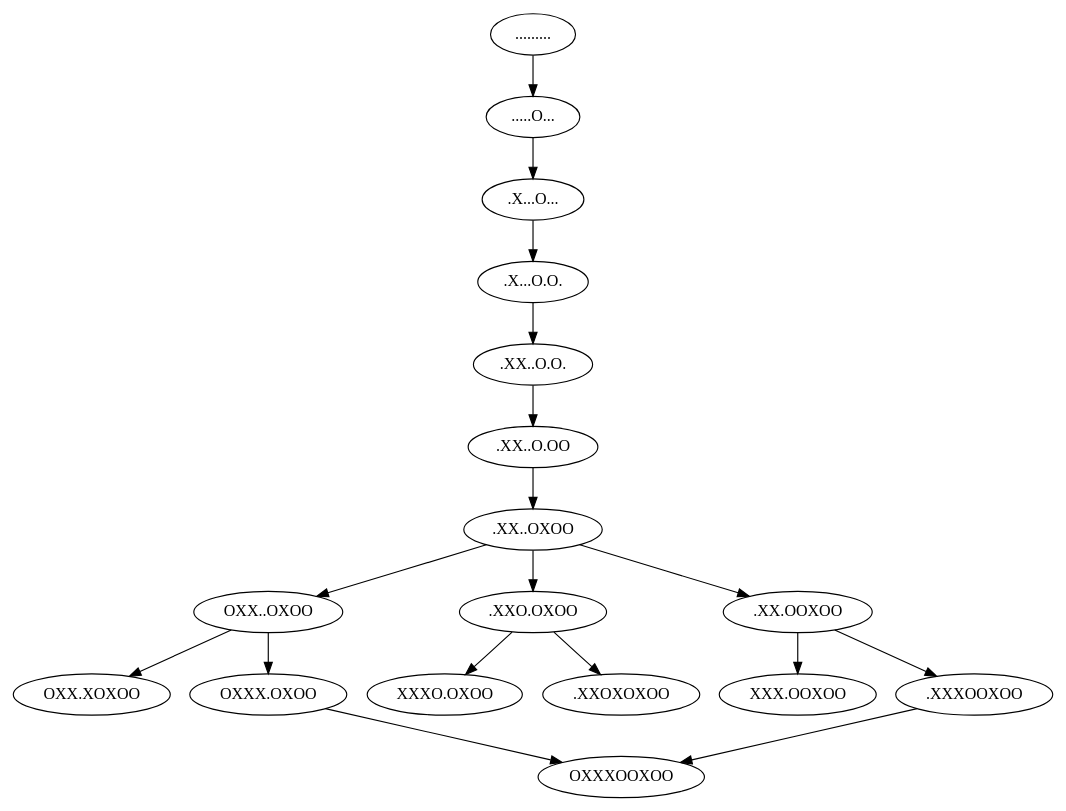
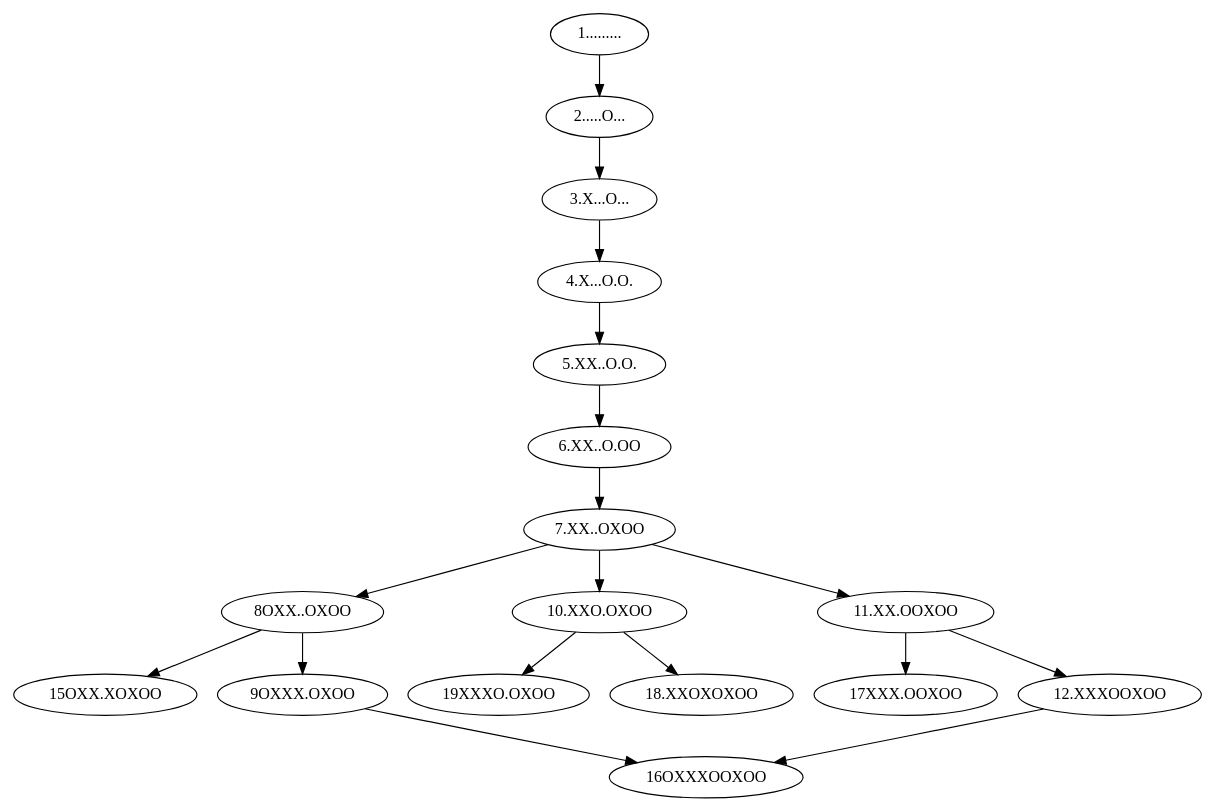
The diagram in graph-examples/teste3.dot (adahmeda/work3), drawn with Graphviz before and after one commit.

Commit message:
Add number to velha vertexes. Easy name.

```diff
--- a/graph-examples/teste3.dot
+++ b/graph-examples/teste3.dot
@@ -1,24 +1,24 @@
 strict digraph "velha" {
-	"OXXXOOXOO" [O=1];
-	"OXX.XOXOO" [X=1];
-	"XXXO.OXOO" [X=1];
-	".XXOXOXOO" [X=1];
-	"XXX.OOXOO" [X=1];
-	"........." -> ".....O...";
-	".....O..." -> ".X...O...";
-	".X...O..." -> ".X...O.O.";
-	".X...O.O." -> ".XX..O.O.";
-	".XX..O.O." -> ".XX..O.OO";
-	".XX..O.OO" -> ".XX..OXOO";
-	".XX..OXOO" -> "OXX..OXOO"
-	".XX..OXOO" -> ".XXO.OXOO"
-	".XX..OXOO" -> ".XX.OOXOO"
-	"OXX..OXOO" -> "OXXX.OXOO"
-	"OXX..OXOO" -> "OXX.XOXOO"
-	"OXXX.OXOO" -> "OXXXOOXOO"
-	".XXO.OXOO" -> "XXXO.OXOO"
-	".XXO.OXOO" -> ".XXOXOXOO"
-	".XX.OOXOO" -> "XXX.OOXOO"
-	".XX.OOXOO" -> ".XXXOOXOO"
-	".XXXOOXOO" -> "OXXXOOXOO"
+	"16OXXXOOXOO" [O=1];
+	"15OXX.XOXOO" [X=1];
+	"19XXXO.OXOO" [X=1];
+	"18.XXOXOXOO" [X=1];
+	"17XXX.OOXOO" [X=1];
+	"1........." -> "2.....O...";
+	"2.....O..." -> "3.X...O...";
+	"3.X...O..." -> "4.X...O.O.";
+	"4.X...O.O." -> "5.XX..O.O.";
+	"5.XX..O.O." -> "6.XX..O.OO";
+	"6.XX..O.OO" -> "7.XX..OXOO";
+	"7.XX..OXOO" -> "8OXX..OXOO"
+	"7.XX..OXOO" -> "10.XXO.OXOO"
+	"7.XX..OXOO" -> "11.XX.OOXOO"
+	"8OXX..OXOO" -> "9OXXX.OXOO"
+	"8OXX..OXOO" -> "15OXX.XOXOO"
+	"9OXXX.OXOO" -> "16OXXXOOXOO"
+	"10.XXO.OXOO" -> "19XXXO.OXOO"
+	"10.XXO.OXOO" -> "18.XXOXOXOO"
+	"11.XX.OOXOO" -> "17XXX.OOXOO"
+	"11.XX.OOXOO" -> "12.XXXOOXOO"
+	"12.XXXOOXOO" -> "16OXXXOOXOO"
 }
```
